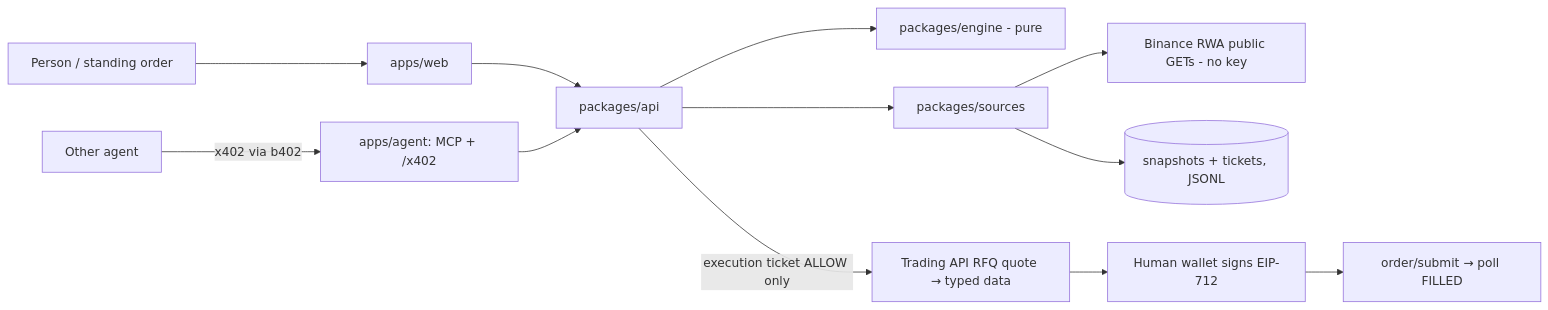
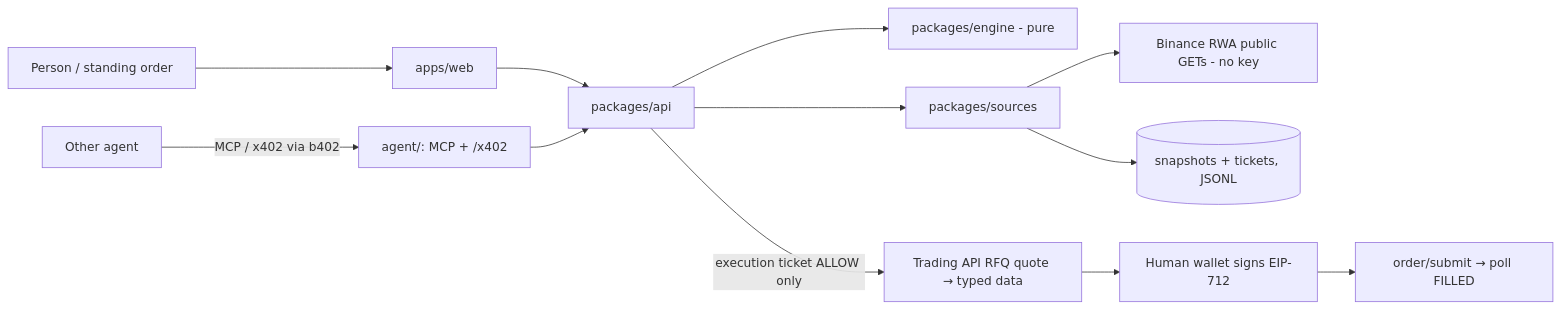
Before and after one commit to Ritapossible/Stamp: the diagram in docs/ARCHITECTURE.md, drawn with Mermaid. The commit also changed other lines of this file and 37 other files, not shown here.

````diff
--- a/docs/ARCHITECTURE.md
+++ b/docs/ARCHITECTURE.md
@@ -39,14 +39,14 @@
 ```mermaid
 flowchart LR
   human[Person / standing order] --> web[apps/web]
-  agent2[Other agent] -->|x402 via b402| face[apps/agent: MCP + /x402]
+  agent2[Other agent] -->|MCP / x402 via b402| face[agent/: MCP + /x402]
   web --> api[packages/api]
   face --> api
   api --> engine[packages/engine - pure]
   api --> sources[packages/sources]
   sources --> rwa[Binance RWA public GETs - no key]
   sources --> snap[(snapshots + tickets, JSONL)]
   api -->|execution ticket ALLOW only| trade[Trading API RFQ quote → typed data]
   trade --> signer[Human wallet signs EIP-712]
   signer --> submit[order/submit → poll FILLED]
 ```
````
